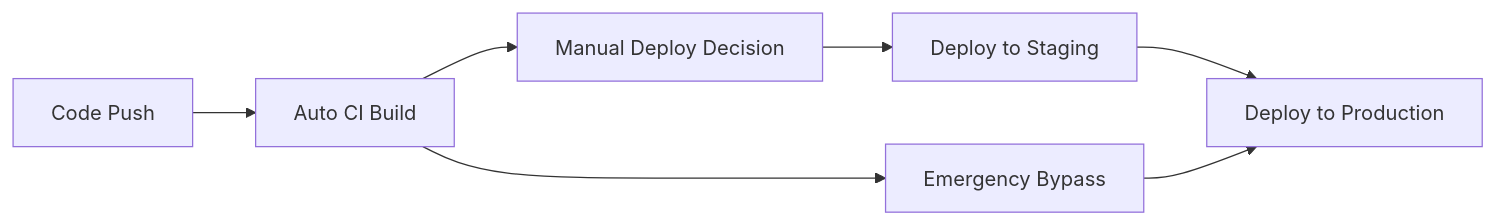
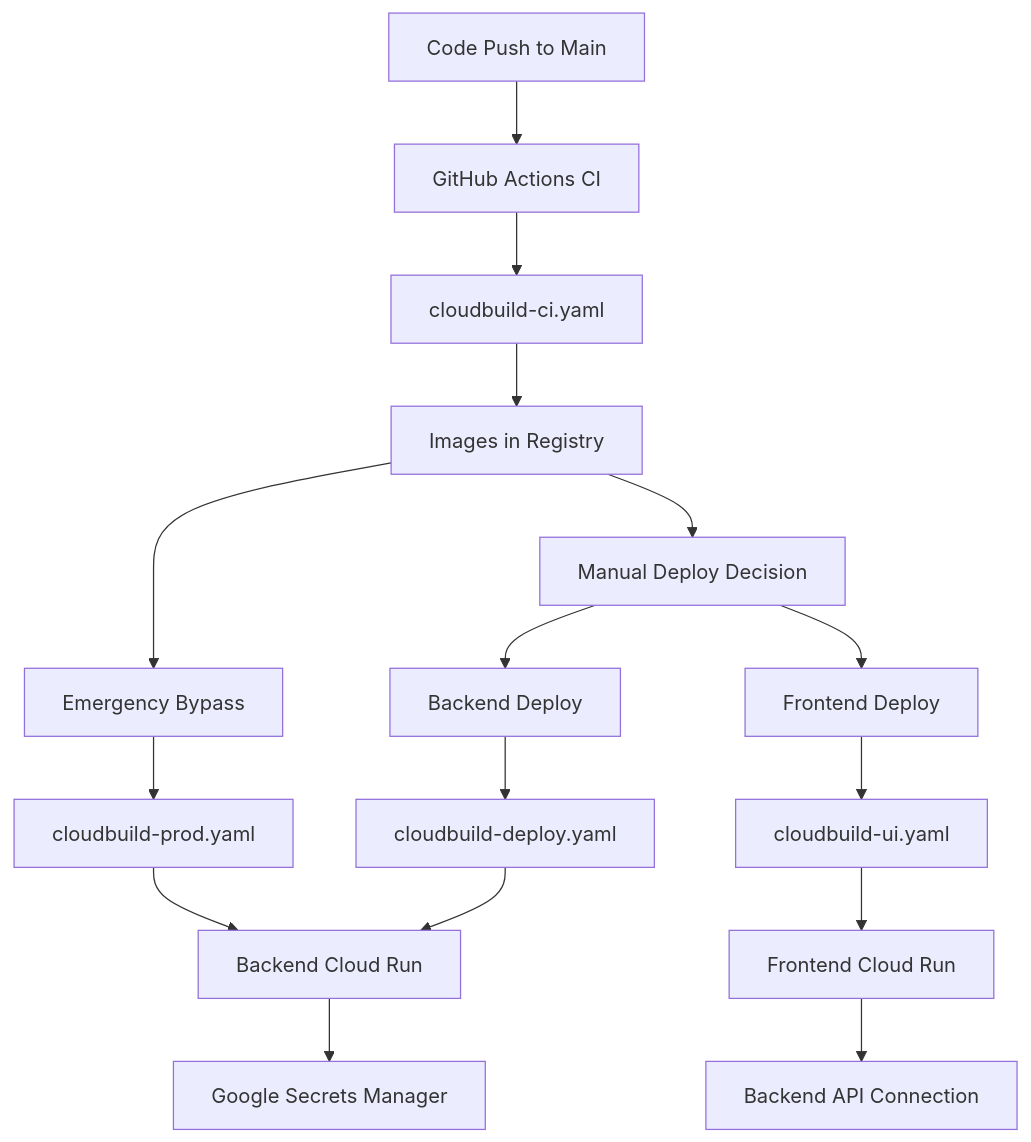
Before and after one commit to avni-salhotra/econome: the first of 2 diagrams in devops/README.md, drawn with Mermaid. The commit also changed other lines of this file and 6 other files, not shown here.

First line of the commit message:
🏗️ Major SRE Architecture Improvements: Separate CI/CD + Frontend Deployment

````diff
--- a/devops/README.md
+++ b/devops/README.md
@@ -91,10 +99,23 @@
 ```mermaid
-graph LR
-    A[Code Push] --> B[Auto CI Build]
-    B --> C[Manual Deploy Decision]
-    C --> D[Deploy to Staging]
-    D --> E[Deploy to Production]
+graph TB
+    A[Code Push to Main] --> B[GitHub Actions CI]
+    B --> C[cloudbuild-ci.yaml]
+    C --> D[Images in Registry]
 
-    B --> F[Emergency Bypass]
-    F --> E
+    D --> E[Manual Deploy Decision]
+    E --> F[Backend Deploy]
+    E --> G[Frontend Deploy]
+
+    F --> H[cloudbuild-deploy.yaml]
+    G --> I[cloudbuild-ui.yaml]
+
+    H --> J[Backend Cloud Run]
+    I --> K[Frontend Cloud Run]
+
+    J --> L[Google Secrets Manager]
+    K --> M[Backend API Connection]
+
+    D --> N[Emergency Bypass]
+    N --> O[cloudbuild-prod.yaml]
+    O --> J
 ```
````
